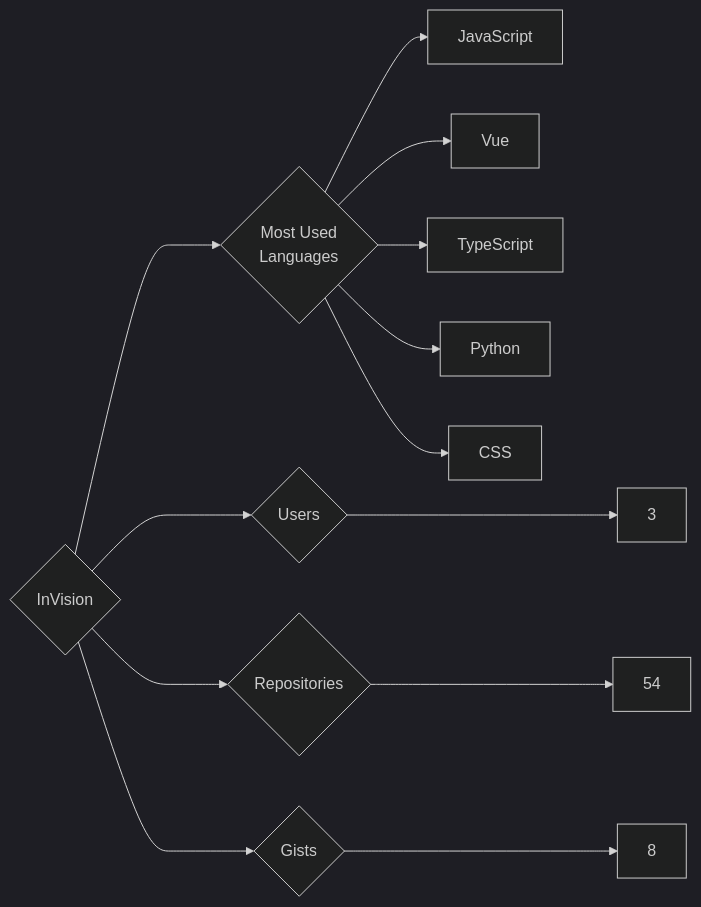
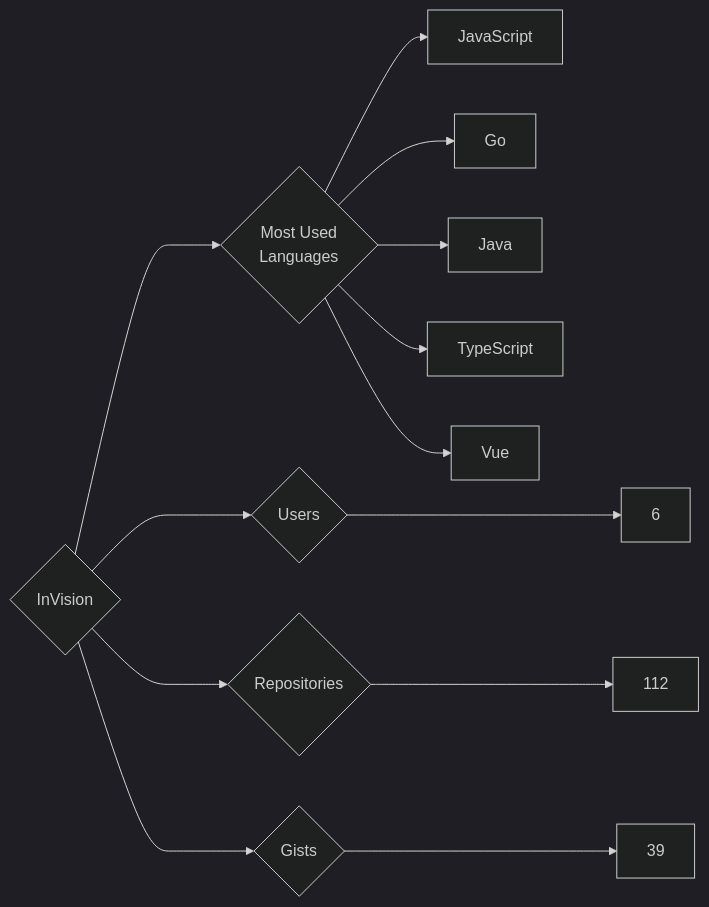
Before and after one commit to trickest/insiders: the diagram in targets/InVision/README.md, drawn with Mermaid (dark theme). The commit also changed 870 other files, not shown here.

````diff
--- a/targets/InVision/README.md
+++ b/targets/InVision/README.md
@@ -3,13 +3,13 @@
 ```mermaid
 graph LR
 COMPANY_NAME{InVision}
-COMPANY_NAME ---> U{Users} ---> UN[3]
-COMPANY_NAME ---> R{Repositories} ---> RN[54]
-COMPANY_NAME ---> G{Gists} ---> GN[8]
+COMPANY_NAME ---> U{Users} ---> UN[6]
+COMPANY_NAME ---> R{Repositories} ---> RN[112]
+COMPANY_NAME ---> G{Gists} ---> GN[39]
 COMPANY_NAME ---> ML{Most Used<br>Languages}
 ML --> JavaScript[JavaScript]
+ML --> Go[Go]
+ML --> Java[Java]
+ML --> TypeScript[TypeScript]
 ML --> Vue[Vue]
-ML --> TypeScript[TypeScript]
-ML --> Python[Python]
-ML --> CSS[CSS]
 ```
````
